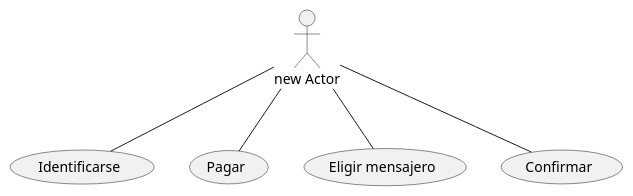
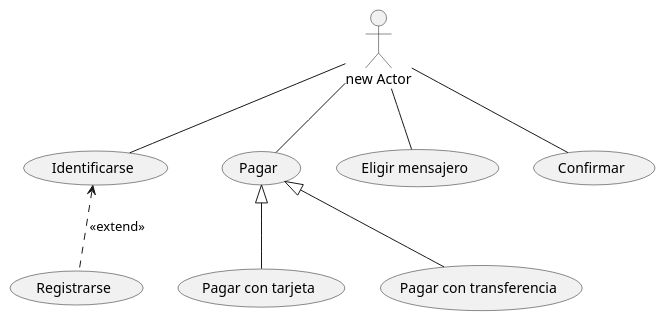
One commit to Ivandorum/C_D_UsosUML changed the diagram in Tienda_internet.puml. Above: the diagram before and after it, drawn with PlantUML.

Commit message:
Creada los metodos de pago y el registro

```diff
--- a/Tienda_internet.puml
+++ b/Tienda_internet.puml
@@ -1,9 +1,13 @@
 @startuml
 
 :new Actor: as act
 act -- (Identificarse)
 act -- (Pagar)
 act -- (Eligir mensajero)
 act -- (Confirmar)
 
+(Identificarse)<..(Registrarse):<<extend>>
+
+(Pagar)<|--(Pagar con tarjeta)
+(Pagar) <|-- (Pagar con transferencia)
 @enduml
```
